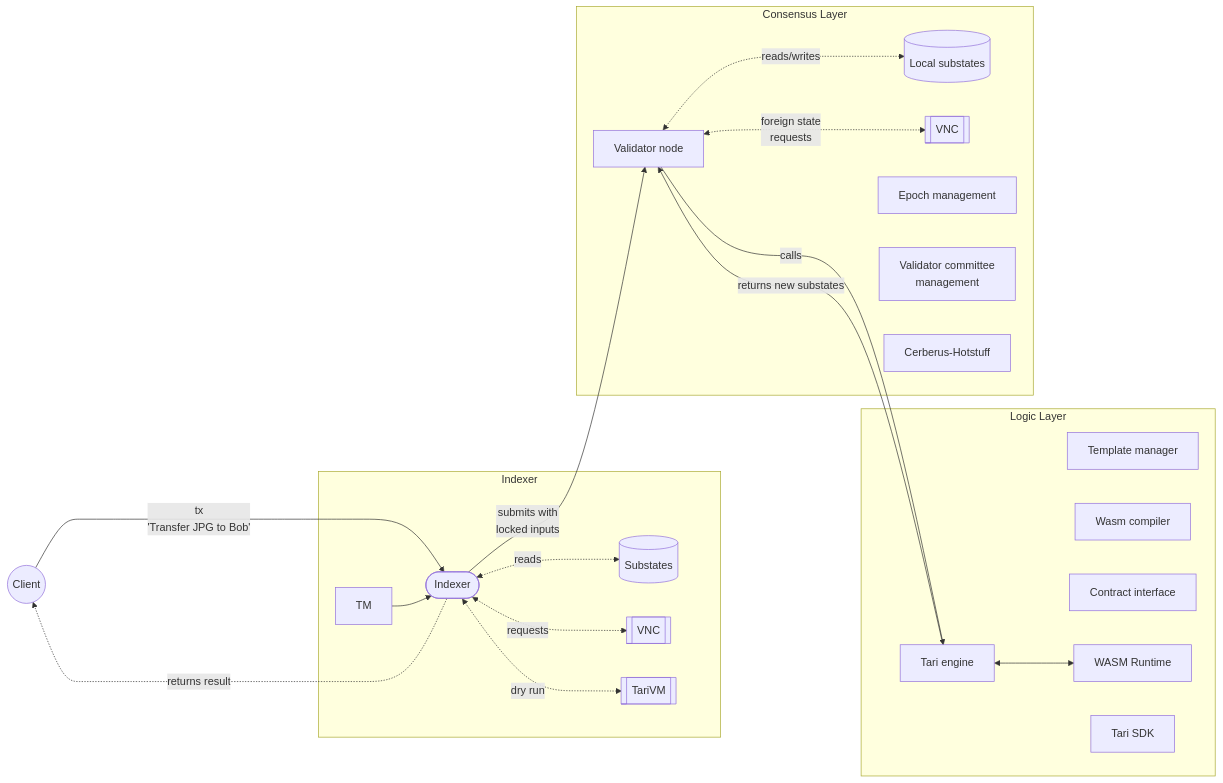
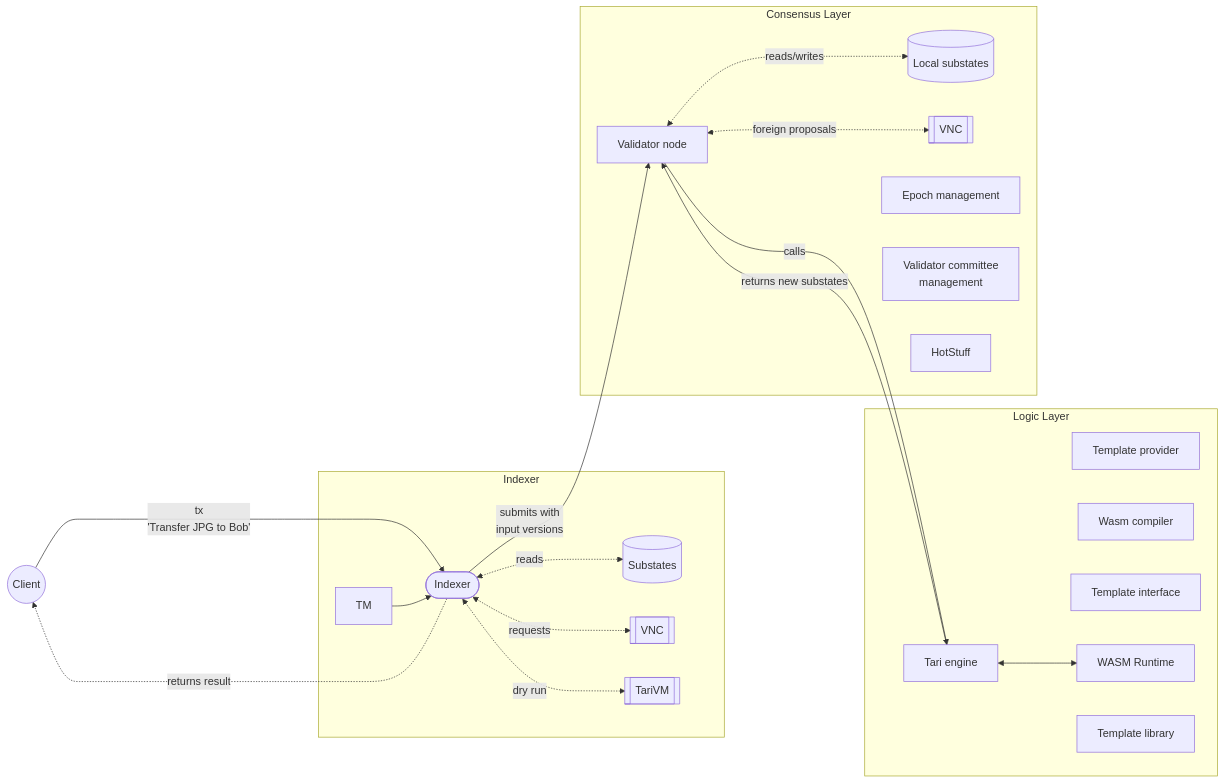
Before and after one commit to tari-project/rfcs: the diagram in src/RFC-0350_TariVM.md, drawn with Mermaid. The commit also changed other lines of this file and 15 other files, not shown here.

````diff
--- a/src/RFC-0350_TariVM.md
+++ b/src/RFC-0350_TariVM.md
@@ -103,36 +107,37 @@
 ```mermaid
 flowchart LR
     Cl((Client)) -------> |tx
     'Transfer JPG to Bob'| Ix1
     Ix1 -.-> |returns result| Cl
-    
+
     subgraph Indexer
         TM --> Ix1([Indexer])
         Ix1 <-.-> |reads| SS1[(Substates)]
-        Ix1 <-.-> |requests| VN1[[VNC]]    
+        Ix1 <-.-> |requests| VN1[[VNC]]
         Ix1 <-.-> |dry run| VM1[[TariVM]]
     end
-    Ix1 -->|submits with\nlocked inputs| C
-    
- 
+    Ix1 -->|submits with
+    input versions| C
+
     subgraph Logic Layer
-      T[Template manager]
+      T[Template provider]
       W[Wasm compiler]
-      ABI[Contract interface]
+      ABI[Template interface]
       E[Tari engine]
       RT[WASM Runtime]
-      SDK[Tari SDK]
+      SDK[Template library]
       E <--> RT
     end
 
     C --> |calls| E
     E --> |returns new substates| C
     subgraph Consensus Layer
         C[Validator node]
-        C <-.-> |reads/writes| SS[(Local substates)] 
-        C <-.-> |foreign state\nrequests| VNC[[VNC]]
+        C <-.-> |reads/writes| SS[(Local substates)]
+        C <-.-> |foreign proposals| VNC[[VNC]]
         EM[Epoch management]
-        VNCm[Validator committee\n management]
-        HS[Cerberus-Hotstuff]
+        VNCm[Validator committee
+         management]
+        HS[HotStuff]
     end
 ```
````
